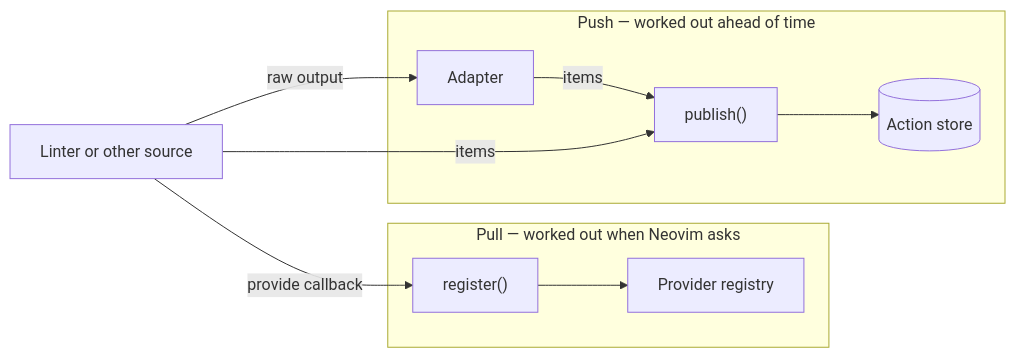
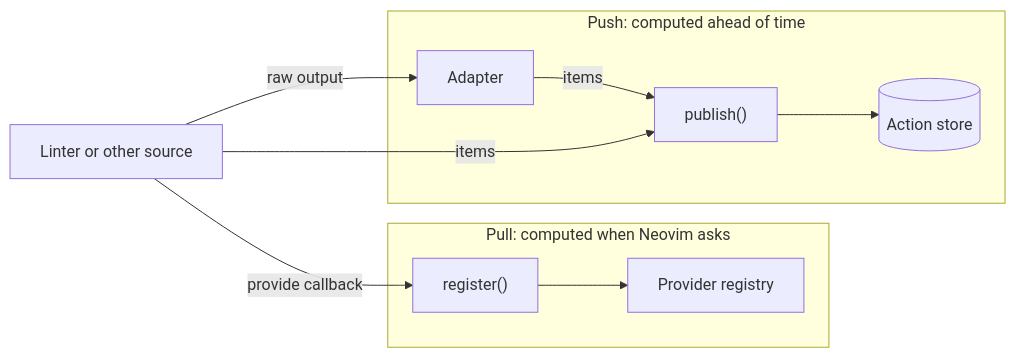
The first of 2 diagrams in ARCHITECTURE.md (geodimm/lint-actions.nvim), drawn with Mermaid before and after one commit. The commit also changed other lines of this file and 5 other files, not shown here.

````diff
--- a/ARCHITECTURE.md
+++ b/ARCHITECTURE.md
@@ -19,17 +15,17 @@
 ```mermaid
 flowchart LR
     S["Linter or other source"]
 
-    subgraph pull["Pull — worked out when Neovim asks"]
+    subgraph pull["Pull: computed when Neovim asks"]
         R["register()"] --> PR["Provider registry"]
     end
 
-    subgraph push["Push — worked out ahead of time"]
+    subgraph push["Push: computed ahead of time"]
         A["Adapter"] -->|items| P["publish()"]
         P --> ST[("Action store")]
     end
 
     S -->|raw output| A
     S -->|items| P
     S -->|provide callback| R
 ```
````
